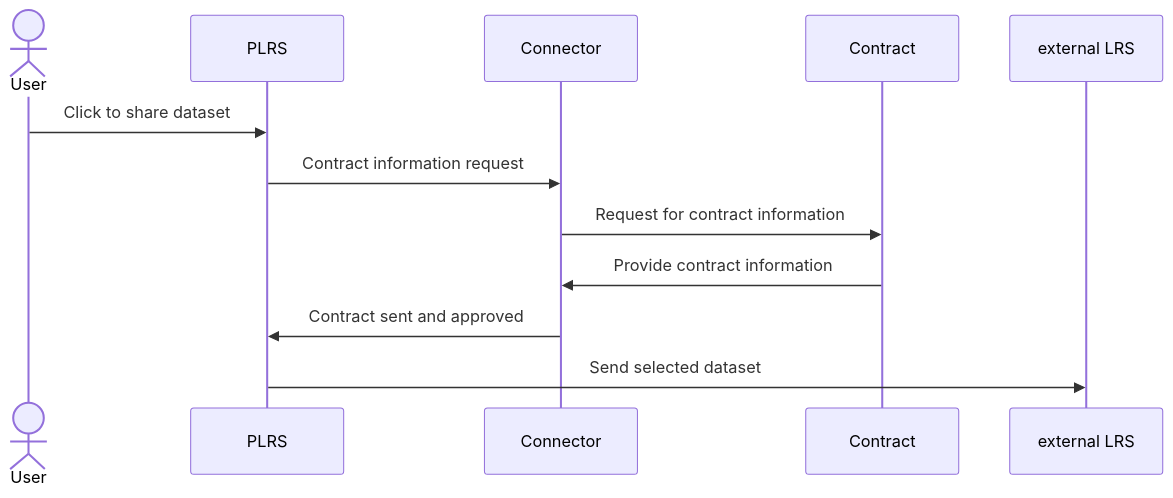
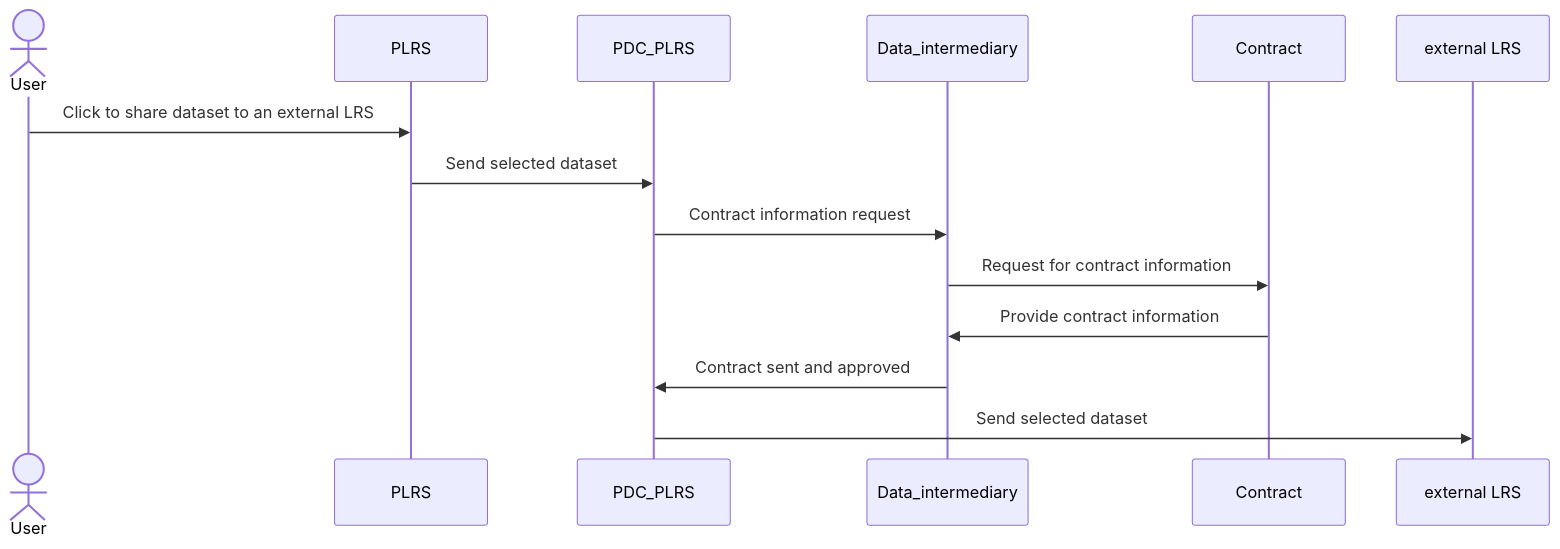
The fifth of 5 diagrams in docs/Personal Learning Record Store BB – Design document.md (Prometheus-X-association/lrs-gateway), drawn with Mermaid before and after one commit. The commit also changed other lines of this file, not shown here.

````diff
--- a/docs/Personal Learning Record Store BB – Design document.md
+++ b/docs/Personal Learning Record Store BB – Design document.md
@@ -768,10 +769,11 @@
 ```mermaid
 sequenceDiagram
    actor User as User
-   User->>PLRS: Click to share dataset
-   PLRS->>Connector: Contract information request
-  Connector->>Contract: Request for contract information
-  Contract->>Connector: Provide contract information
-  Connector->>PLRS: Contract sent and approved
-  PLRS->>external LRS: Send selected dataset
+   User->>PLRS: Click to share dataset to an external LRS
+   PLRS->>PDC_PLRS: Send selected dataset
+   PDC_PLRS->>Data_intermediary: Contract information request
+   Data_intermediary->>Contract: Request for contract information
+   Contract->>Data_intermediary: Provide contract information
+   Data_intermediary->>PDC_PLRS: Contract sent and approved
+   PDC_PLRS->>external LRS: Send selected dataset
 ```
````
